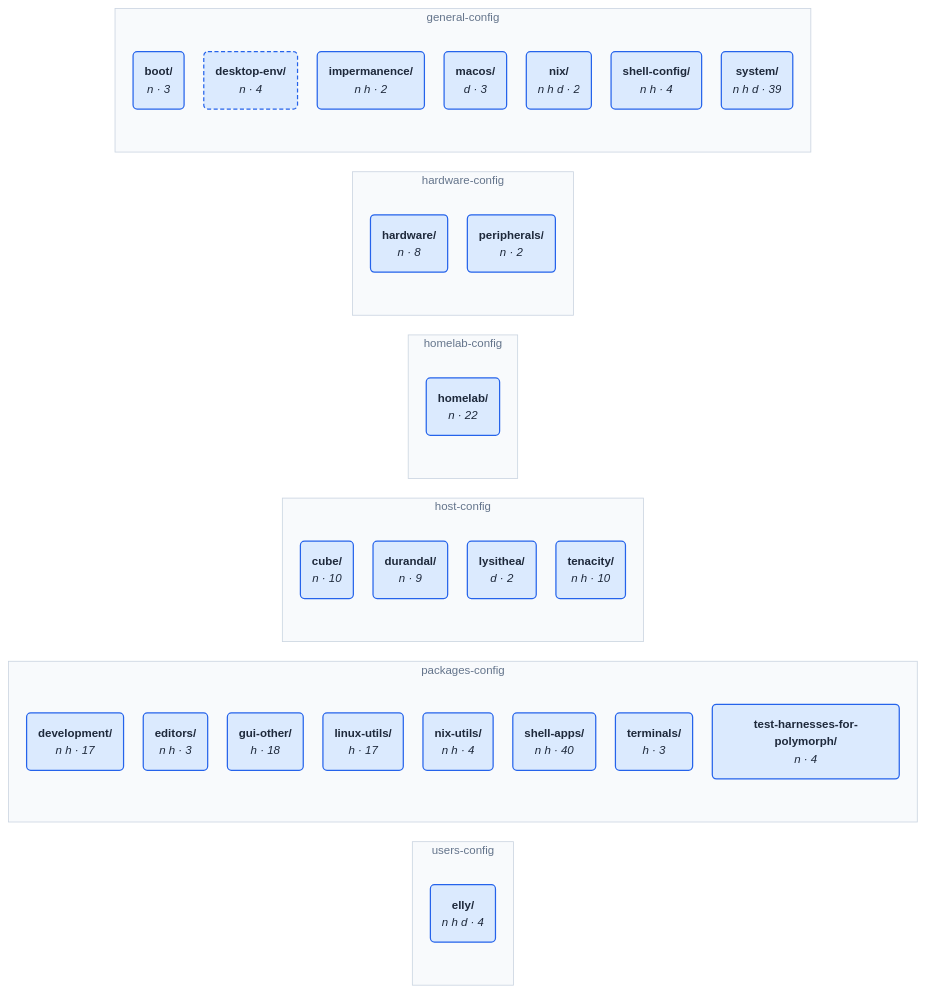
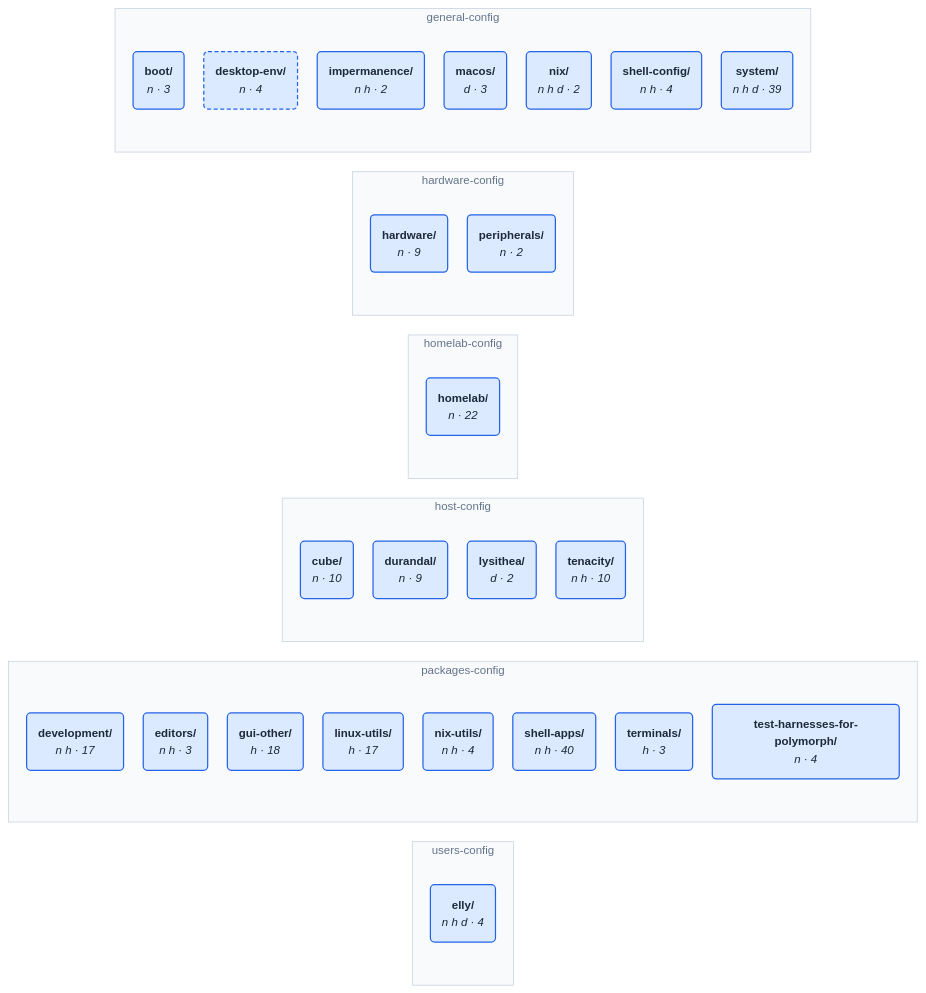
The diagram in wiki/config-structure/architecture.md (NireBryce/nixos-configs), drawn with Mermaid before and after one commit. The commit also changed 16 other files, not shown here.

````diff
--- a/wiki/config-structure/architecture.md
+++ b/wiki/config-structure/architecture.md
@@ -98,55 +98,55 @@
 ```mermaid
 %%{init: {"theme": "base", "themeVariables": {"fontFamily": "ui-sans-serif, system-ui, sans-serif", "fontSize": "14px", "lineColor": "#94a3b8"}, "flowchart": {"curve": "basis", "nodeSpacing": 24, "rankSpacing": 80, "padding": 14}}}%%
 flowchart LR
     subgraph g0["users-config"]
         n28("<b>elly/</b><br/><i>n h d · 4</i>")
     end
     subgraph g1["packages-config"]
         n20("<b>development/</b><br/><i>n h · 17</i>")
         n21("<b>editors/</b><br/><i>n h · 3</i>")
         n22("<b>gui-other/</b><br/><i>h · 18</i>")
         n23("<b>linux-utils/</b><br/><i>h · 17</i>")
         n24("<b>nix-utils/</b><br/><i>n h · 4</i>")
         n25("<b>shell-apps/</b><br/><i>n h · 40</i>")
         n26("<b>terminals/</b><br/><i>h · 3</i>")
         n27("<b>test-harnesses-for-polymorph/</b><br/><i>n · 4</i>")
     end
     subgraph g2["host-config"]
         n16("<b>cube/</b><br/><i>n · 10</i>")
         n17("<b>durandal/</b><br/><i>n · 9</i>")
         n18("<b>lysithea/</b><br/><i>d · 2</i>")
         n19("<b>tenacity/</b><br/><i>n h · 10</i>")
     end
     subgraph g3["homelab-config"]
         n15("<b>homelab/</b><br/><i>n · 22</i>")
     end
     subgraph g4["hardware-config"]
-        n13("<b>hardware/</b><br/><i>n · 8</i>")
+        n13("<b>hardware/</b><br/><i>n · 9</i>")
         n14("<b>peripherals/</b><br/><i>n · 2</i>")
     end
     subgraph g5["general-config"]
         n6("<b>boot/</b><br/><i>n · 3</i>")
         n7("<b>desktop-env/</b><br/><i>n · 4</i>")
         n8("<b>impermanence/</b><br/><i>n h · 2</i>")
         n9("<b>macos/</b><br/><i>d · 3</i>")
         n10("<b>nix/</b><br/><i>n h d · 2</i>")
         n11("<b>shell-config/</b><br/><i>n h · 4</i>")
         n12("<b>system/</b><br/><i>n h d · 39</i>")
     end
     style g0 fill:#f8fafc,stroke:#cbd5e1,color:#64748b
     style g1 fill:#f8fafc,stroke:#cbd5e1,color:#64748b
     style g2 fill:#f8fafc,stroke:#cbd5e1,color:#64748b
     style g3 fill:#f8fafc,stroke:#cbd5e1,color:#64748b
     style g4 fill:#f8fafc,stroke:#cbd5e1,color:#64748b
     style g5 fill:#f8fafc,stroke:#cbd5e1,color:#64748b
     classDef area fill:#f8fafc,stroke:#cbd5e1,color:#1e293b,stroke-width:1.5px
     classDef category fill:#dbeafe,stroke:#2563eb,color:#1e293b,stroke-width:1.5px
     classDef folder fill:#f1f5f9,stroke:#94a3b8,color:#1e293b,stroke-width:1.5px
     classDef module fill:#ffffff,stroke:#94a3b8,color:#1e293b,stroke-width:1.5px
     classDef aggregate fill:#ffffff,stroke:#f59e0b,color:#1e293b,stroke-width:1.5px
     classDef missing fill:#fee2e2,stroke:#ef4444,color:#1e293b,stroke-width:1.5px
     classDef orphan fill:#fff1f2,stroke:#e11d48,color:#1e293b,stroke-width:2.5px
     classDef bymodule stroke-dasharray:5 3
     class n6,n7,n8,n9,n10,n11,n12,n13,n14,n15,n16,n17,n18,n19,n20,n21,n22,n23,n24,n25,n26,n27,n28 category
     class n7 bymodule
 ```
````
